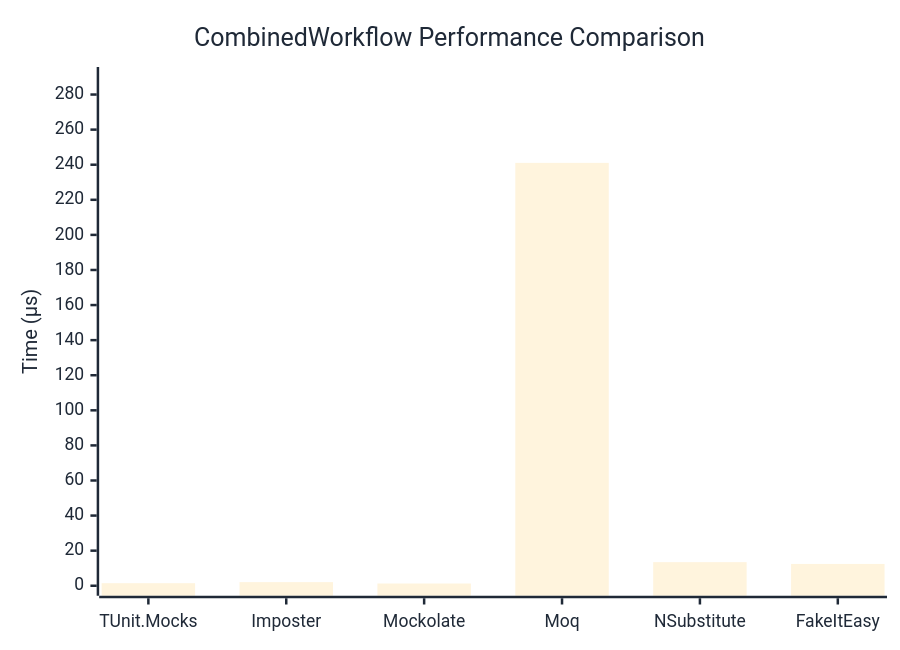
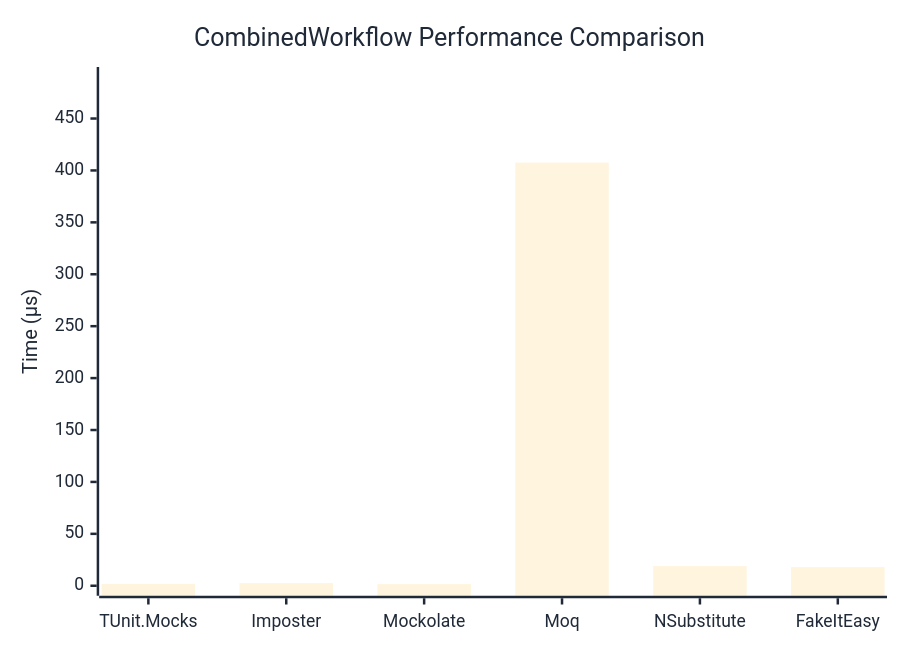
Before and after one commit to thomhurst/TUnit: the diagram in docs/docs/benchmarks/mocks/CombinedWorkflow.md, drawn with Mermaid. The commit also changed other lines of this file and 14 other files, not shown here.

````diff
--- a/docs/docs/benchmarks/mocks/CombinedWorkflow.md
+++ b/docs/docs/benchmarks/mocks/CombinedWorkflow.md
@@ -30,27 +30,27 @@
 ```mermaid
 %%{init: {
   'theme':'base',
   'themeVariables': {
     'primaryColor': '#2563eb',
     'primaryTextColor': '#1f2937',
     'primaryBorderColor': '#1e40af',
     'lineColor': '#6b7280',
     'secondaryColor': '#7c3aed',
     'tertiaryColor': '#dc2626',
     'background': '#ffffff',
     'pie1': '#2563eb',
     'pie2': '#7c3aed',
     'pie3': '#dc2626',
     'pie4': '#f59e0b',
     'pie5': '#10b981',
     'pie6': '#06b6d4',
     'pie7': '#ec4899',
     'pie8': '#6366f1'
   }
 }}%%
 xychart-beta
   title "CombinedWorkflow Performance Comparison"
   x-axis ["TUnit.Mocks", "Imposter", "Mockolate", "Moq", "NSubstitute", "FakeItEasy"]
-  y-axis "Time (μs)" 0 --> 290
-  bar [1.467, 2.067, 1.277, 241.052, 13.451, 12.434]
+  y-axis "Time (μs)" 0 --> 490
+  bar [1.789, 2.537, 1.583, 407.52, 18.894, 17.927]
 ```
````
